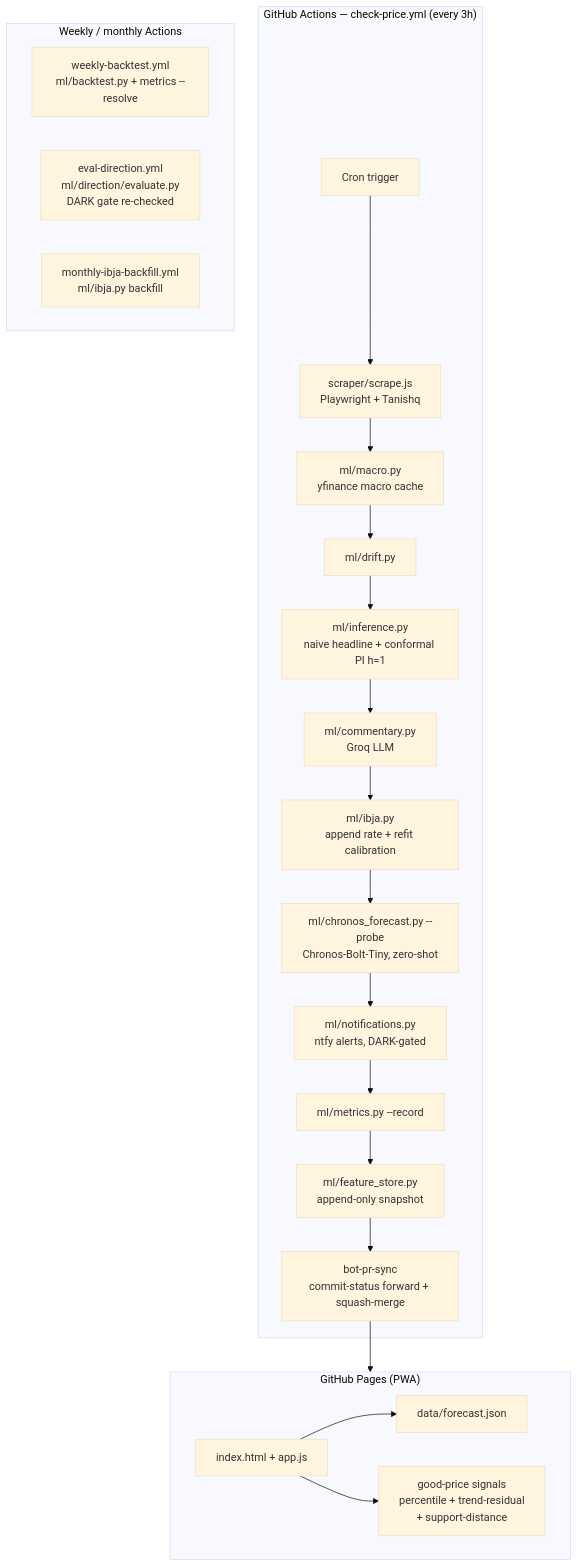
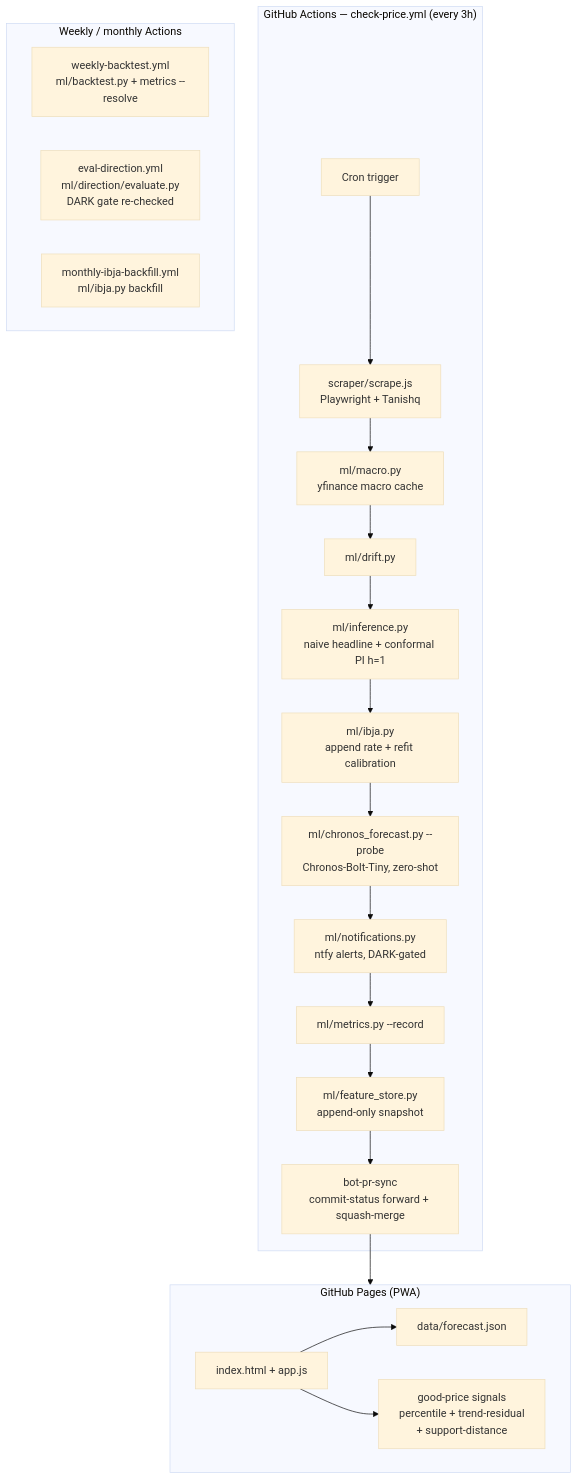
The diagram in docs/ARCHITECTURE.md (gaurav-gandhi-2411/gold-rate-tracker), drawn with Mermaid (base theme) before and after one commit. The commit also changed other lines of this file and 14 other files, not shown here.

````diff
--- a/docs/ARCHITECTURE.md
+++ b/docs/ARCHITECTURE.md
@@ -7,29 +7,28 @@
 ```mermaid
 graph TD
     subgraph ci["GitHub Actions — check-price.yml (every 3h)"]
         GH[Cron trigger] --> SCR[scraper/scrape.js\nPlaywright + Tanishq]
         SCR --> MAC[ml/macro.py\nyfinance macro cache]
         MAC --> DRIFT[ml/drift.py]
         DRIFT --> INF[ml/inference.py\nnaive headline + conformal PI h=1]
-        INF --> COM[ml/commentary.py\nGroq LLM]
-        COM --> IBJA[ml/ibja.py\nappend rate + refit calibration]
+        INF --> IBJA[ml/ibja.py\nappend rate + refit calibration]
         IBJA --> PROBE[ml/chronos_forecast.py --probe\nChronos-Bolt-Tiny, zero-shot]
         PROBE --> NOTIF[ml/notifications.py\nntfy alerts, DARK-gated]
         NOTIF --> MET[ml/metrics.py --record]
         MET --> FS[ml/feature_store.py\nappend-only snapshot]
         FS --> PUSH[bot-pr-sync\ncommit-status forward + squash-merge]
     end
 
     subgraph scheduled["Weekly / monthly Actions"]
         WB[weekly-backtest.yml\nml/backtest.py + metrics --resolve]
         ED[eval-direction.yml\nml/direction/evaluate.py\nDARK gate re-checked]
         MB[monthly-ibja-backfill.yml\nml/ibja.py backfill]
     end
 
     subgraph pwa["GitHub Pages (PWA)"]
         IDX[index.html + app.js] --> FCAST[data/forecast.json]
         IDX --> GP[good-price signals\npercentile + trend-residual\n+ support-distance]
     end
 
     PUSH --> pwa
 ```
````
